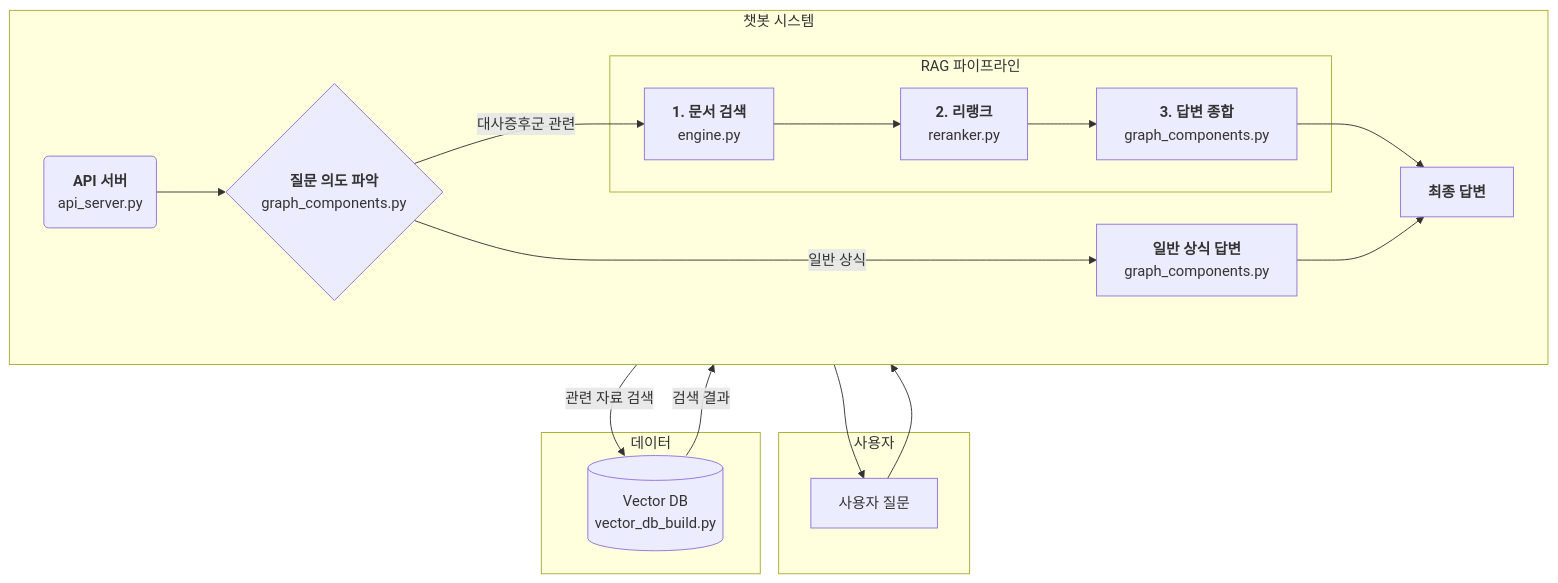
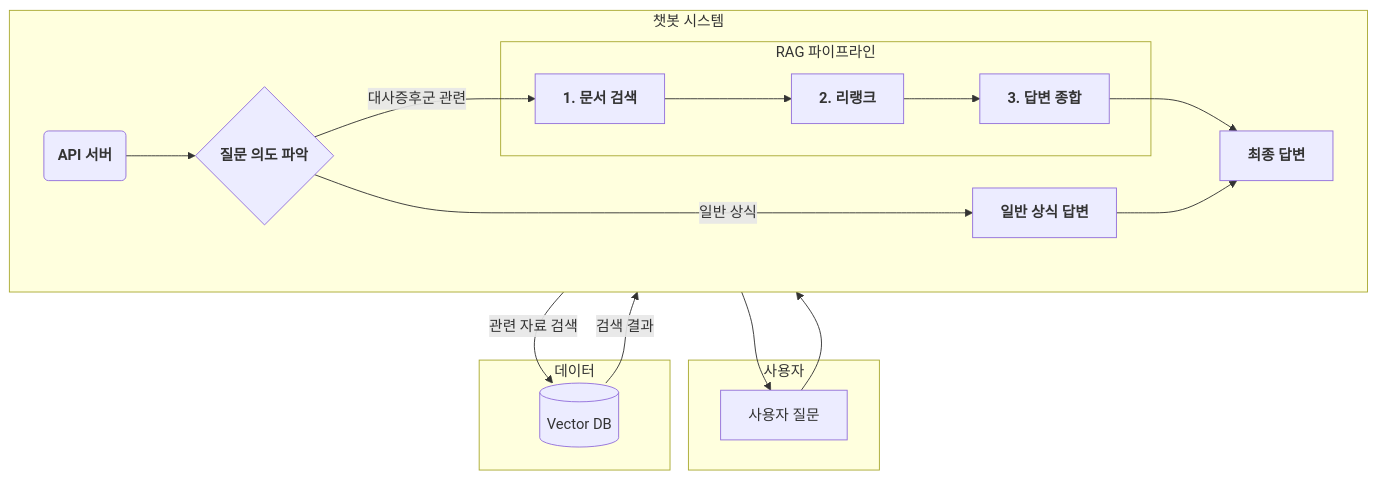
Before and after one commit to pakyeon/rag-metabolic-syndrome-chatbot: the diagram in README.md, drawn with Mermaid.

Commit message:
README 수정

````diff
--- a/README.md
+++ b/README.md
@@ -37,34 +37,34 @@
 ```mermaid
 graph TD
     subgraph "사용자"
         Q[사용자 질문]
     end
 
     subgraph "챗봇 시스템"
-        A(<b>API 서버</b><br/>api_server.py)
-        B{<B>질문 의도 파악</B><br/>graph_components.py};
+        A(<b>API 서버</b>)
+        B{<B>질문 의도 파악</B>};
         
         direction LR
         subgraph "RAG 파이프라인"
-            C[<B>1. 문서 검색</B><br/>engine.py] --> D[<B>2. 리랭크</B><br/>reranker.py] --> E[<B>3. 답변 종합</B><br/>graph_components.py];
+            C[<B>1. 문서 검색</B>] --> D[<B>2. 리랭크</B>] --> E[<B>3. 답변 종합</B>];
         end
 
-        F[<B>일반 상식 답변</B><br/>graph_components.py]
+        F[<B>일반 상식 답변</B>]
         G[<B>최종 답변</B>]
     end
 
     subgraph "데이터"
-      DB[(Vector DB<br/>vector_db_build.py)]
+      DB[(Vector DB)]
     end
 
     %% --- 연결 관계 ---
     Q --> A;
     A --> B;
     B -- "대사증후군 관련" --> C;
     C -- "관련 자료 검색" --> DB;
     DB -- "검색 결과" --> C
     E --> G;
     B -- "일반 상식" --> F;
     F --> G;
     G --> Q;
 ```
````
